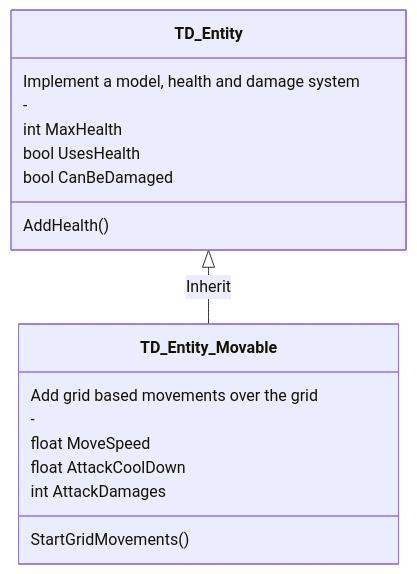
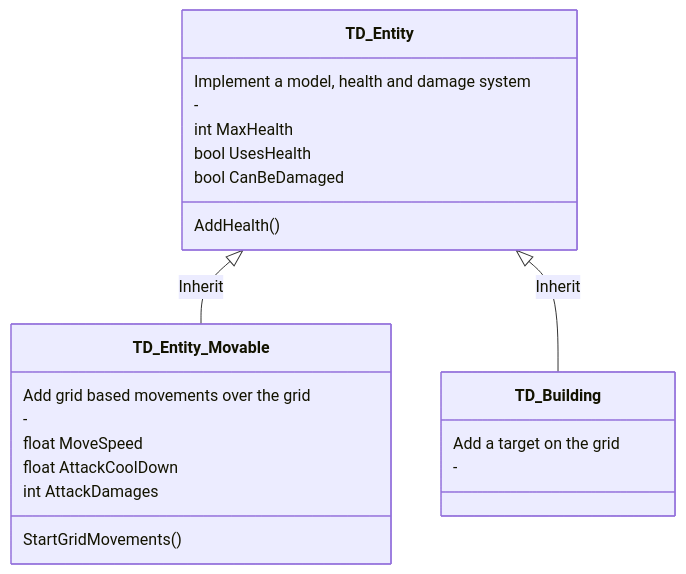
Before and after one commit to l0th3r/TD-Template: the diagram in ClassesChart.md, drawn with Mermaid.

````diff
--- a/ClassesChart.md
+++ b/ClassesChart.md
@@ -8,20 +8,25 @@
 ```mermaid
  classDiagram
       TD_Entity <|-- TD_Entity_Movable : Inherit
+      TD_Entity <|-- TD_Building : Inherit
  
       class TD_Entity
         TD_Entity: Implement a model, health and damage system
         TD_Entity: -
         TD_Entity: int MaxHealth
         TD_Entity: bool UsesHealth
         TD_Entity: bool CanBeDamaged
         TD_Entity: AddHealth()
       
       class TD_Entity_Movable
         TD_Entity_Movable: Add grid based movements over the grid
         TD_Entity_Movable: -
         TD_Entity_Movable: float MoveSpeed
         TD_Entity_Movable: float AttackCoolDown
         TD_Entity_Movable: int AttackDamages
         TD_Entity_Movable: StartGridMovements()
+        
+      class TD_Building
+        TD_Building: Add a target on the grid
+        TD_Building: -
 ```
````
